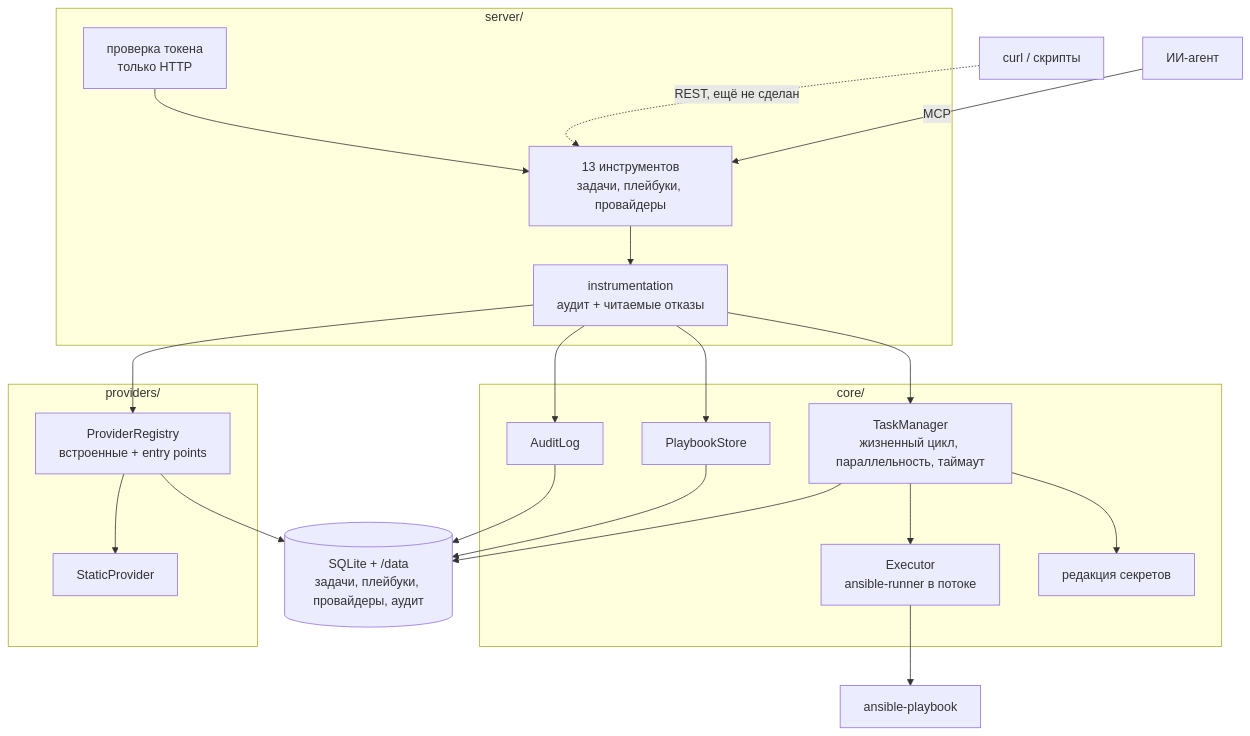
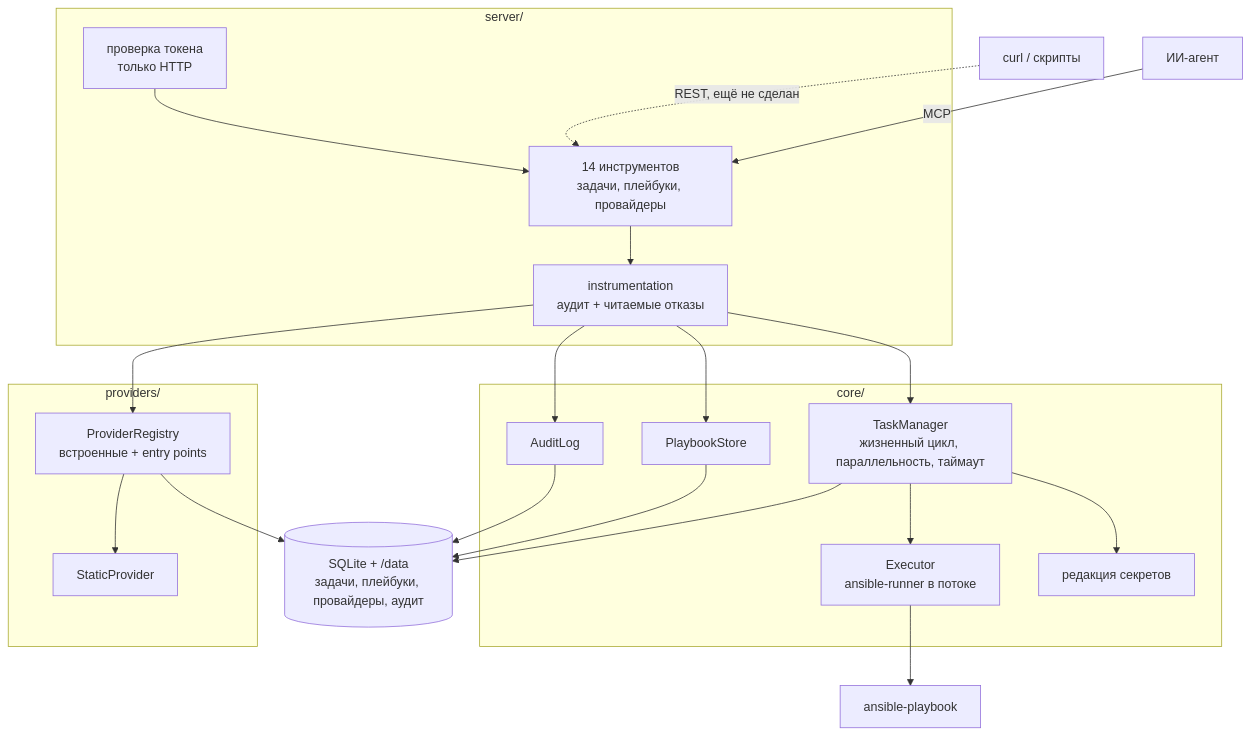
One commit to ppavlovrus/simple_ansible_controller changed the first of 2 diagrams in docs/ru/architecture.md. Above: the diagram before and after it, drawn with Mermaid. The commit also changed other lines of this file and 18 other files, not shown here.

````diff
--- a/docs/ru/architecture.md
+++ b/docs/ru/architecture.md
@@ -10,42 +10,42 @@
 ```mermaid
 graph TB
     Agent[ИИ-агент] -->|MCP| Tools
     Human[curl / скрипты] -.->|REST, ещё не сделан| Tools
 
     subgraph Interface["server/"]
-        Tools[13 инструментов<br/>задачи, плейбуки, провайдеры]
+        Tools[14 инструментов<br/>задачи, плейбуки, провайдеры]
         Instr[instrumentation<br/>аудит + читаемые отказы]
         Auth[проверка токена<br/>только HTTP]
     end
 
     subgraph Core["core/"]
         TM[TaskManager<br/>жизненный цикл, параллельность, таймаут]
         Exec[Executor<br/>ansible-runner в потоке]
         Store[PlaybookStore]
         Redact[редакция секретов]
         Audit[AuditLog]
     end
 
     subgraph Providers["providers/"]
         Registry[ProviderRegistry<br/>встроенные + entry points]
         Static[StaticProvider]
     end
 
     Data[(SQLite + /data<br/>задачи, плейбуки, провайдеры, аудит)]
     Ansible[ansible-playbook]
 
     Auth --> Tools
     Tools --> Instr
     Instr --> TM
     Instr --> Store
     Instr --> Registry
     Instr --> Audit
     TM --> Exec
     TM --> Redact
     Registry --> Static
     Exec --> Ansible
     TM --> Data
     Store --> Data
     Audit --> Data
     Registry --> Data
 ```
````
